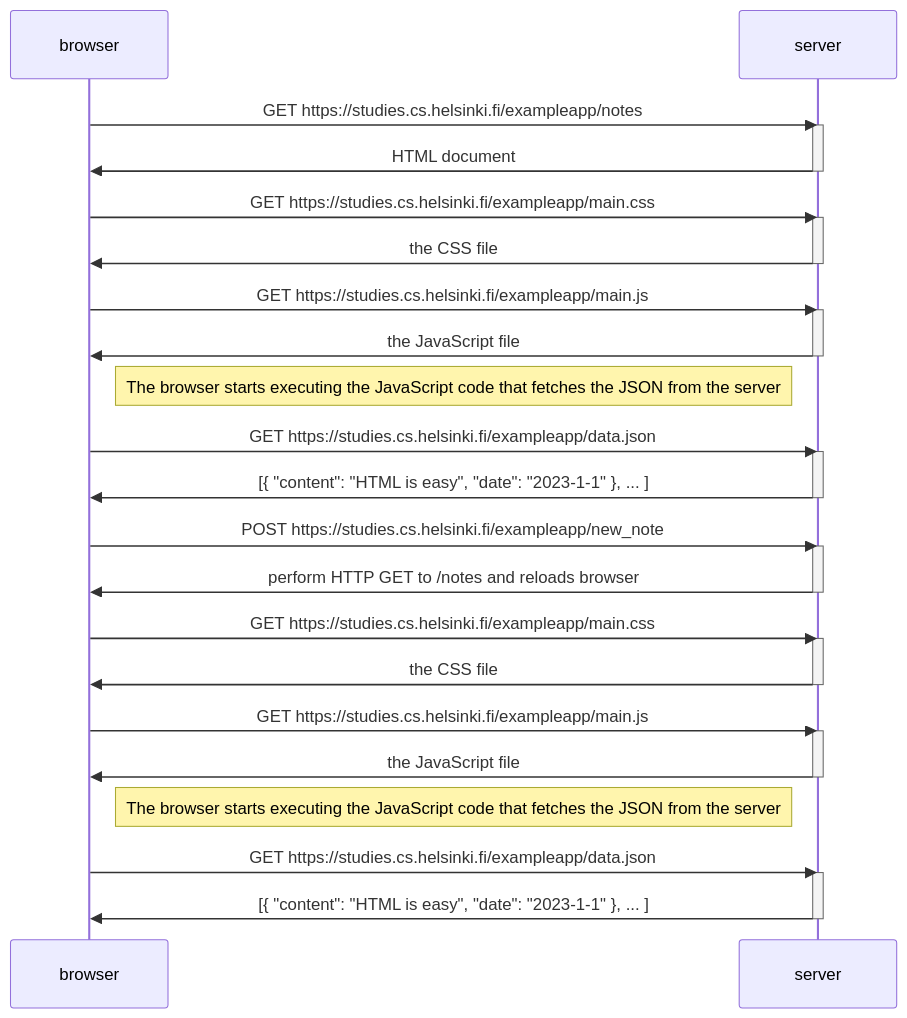
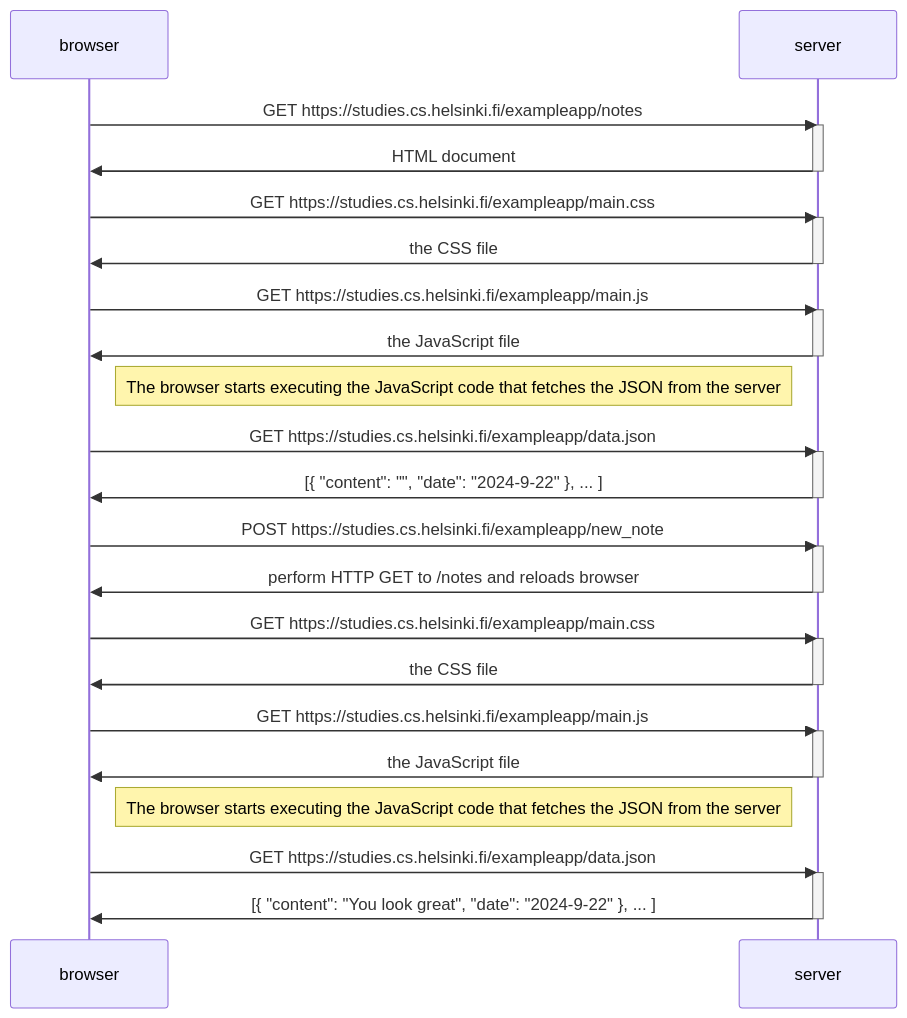
The diagram in part0/newNote.md (Leo-Ying314/fullstack), drawn with Mermaid before and after one commit.

Commit message:
Fix JSON data

````diff
--- a/part0/newNote.md
+++ b/part0/newNote.md
@@ -1,49 +1,49 @@
 ```mermaid
 sequenceDiagram
   participant browser
   participant server
 
   browser->>server: GET https://studies.cs.helsinki.fi/exampleapp/notes
   activate server
   server->>browser: HTML document
   deactivate server
 
   browser->>server: GET https://studies.cs.helsinki.fi/exampleapp/main.css
   activate server
   server->>browser: the CSS file
   deactivate server
 
   browser->>server: GET https://studies.cs.helsinki.fi/exampleapp/main.js
   activate server
   server->>browser: the JavaScript file
   deactivate server
 
   Note right of browser: The browser starts executing the JavaScript code that fetches the JSON from the server
 
   browser->>server: GET https://studies.cs.helsinki.fi/exampleapp/data.json
   activate server
-  server->>browser: [{ "content": "HTML is easy", "date": "2023-1-1" }, ... ]
+  server->>browser: [{ "content": "", "date": "2024-9-22" }, ... ]
   deactivate server
 
   browser->>server: POST https://studies.cs.helsinki.fi/exampleapp/new_note
   activate server
   server->>browser: perform HTTP GET to /notes and reloads browser
   deactivate server
 
   browser->>server: GET https://studies.cs.helsinki.fi/exampleapp/main.css
   activate server
   server->>browser: the CSS file
   deactivate server
 
   browser->>server: GET https://studies.cs.helsinki.fi/exampleapp/main.js
   activate server
   server->>browser: the JavaScript file
   deactivate server
 
   Note right of browser: The browser starts executing the JavaScript code that fetches the JSON from the server
 
   browser->>server: GET https://studies.cs.helsinki.fi/exampleapp/data.json
   activate server
-  server->>browser: [{ "content": "HTML is easy", "date": "2023-1-1" }, ... ]
+  server->>browser: [{ "content": "You look great", "date": "2024-9-22" }, ... ]
   deactivate server
 ```
````
